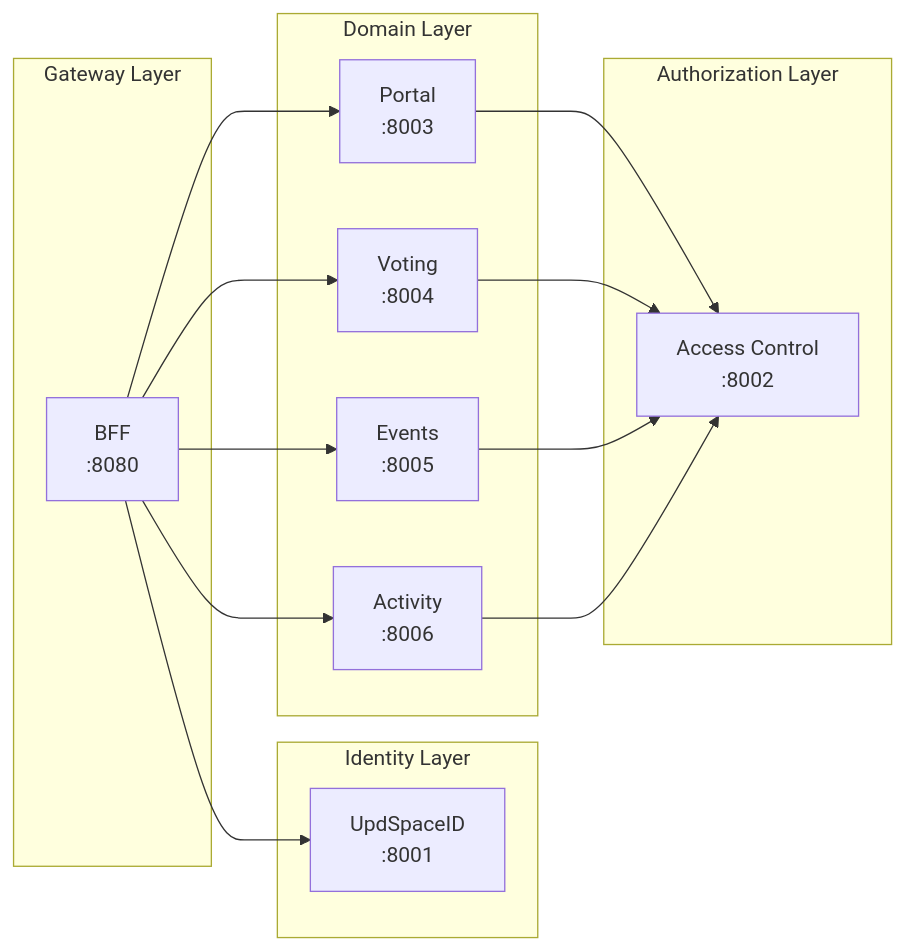
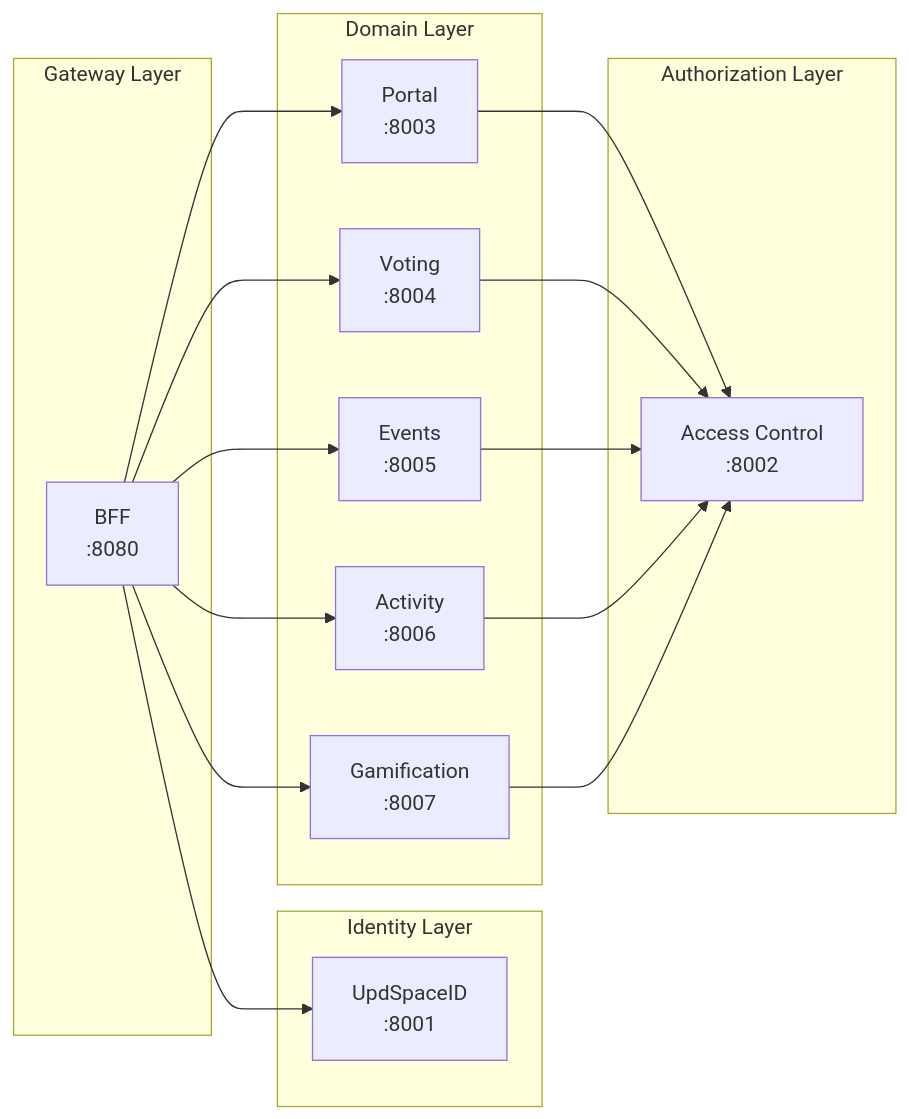
The first of 2 diagrams in docs/docs/services/overview.md (updatingspace/portal), drawn with Mermaid before and after one commit. The commit also changed other lines of this file and 57 other files, not shown here.

````diff
--- a/docs/docs/services/overview.md
+++ b/docs/docs/services/overview.md
@@ -13,32 +13,35 @@
 ```mermaid
 graph LR
     subgraph "Identity Layer"
         ID[UpdSpaceID<br/>:8001]
     end
 
     subgraph "Gateway Layer"
         BFF[BFF<br/>:8080]
     end
 
     subgraph "Authorization Layer"
         AC[Access Control<br/>:8002]
     end
 
     subgraph "Domain Layer"
         PT[Portal<br/>:8003]
         VT[Voting<br/>:8004]
         EV[Events<br/>:8005]
         AT[Activity<br/>:8006]
+        GM[Gamification<br/>:8007]
     end
 
     BFF --> ID
     BFF --> PT
     BFF --> VT
     BFF --> EV
     BFF --> AT
+    BFF --> GM
     
     PT --> AC
     VT --> AC
     EV --> AC
     AT --> AC
+    GM --> AC
 ```
````
